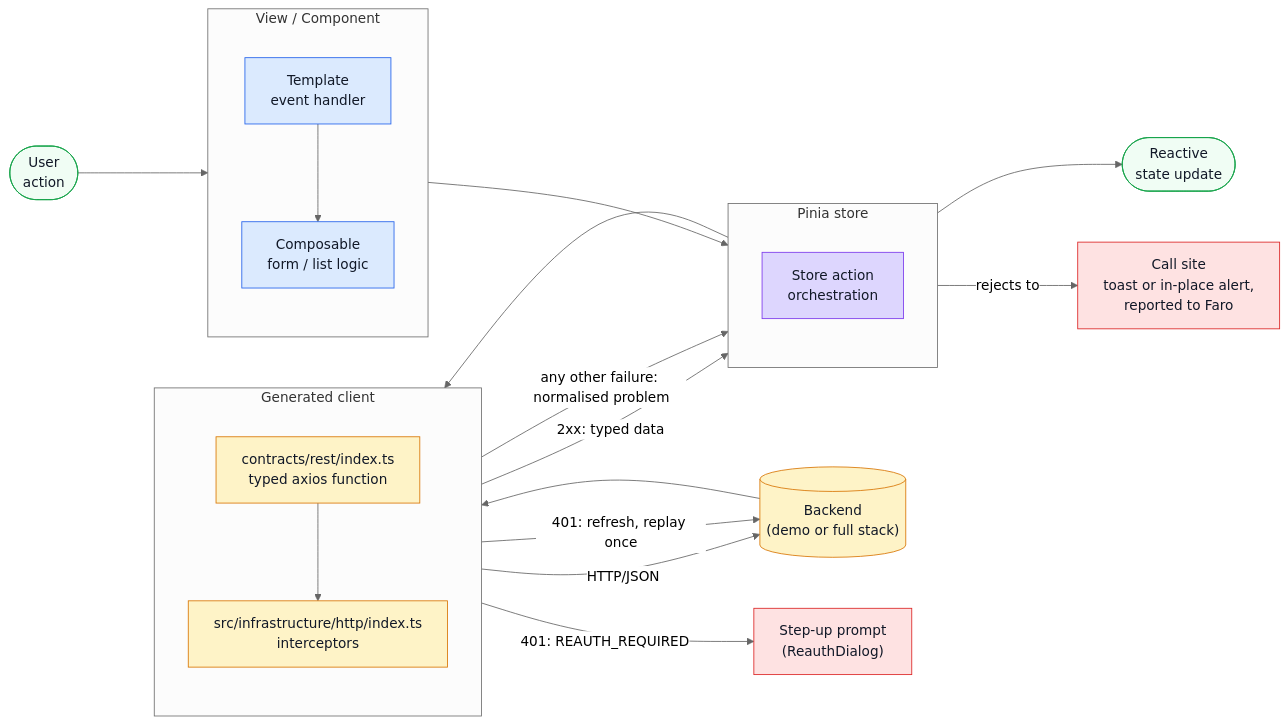
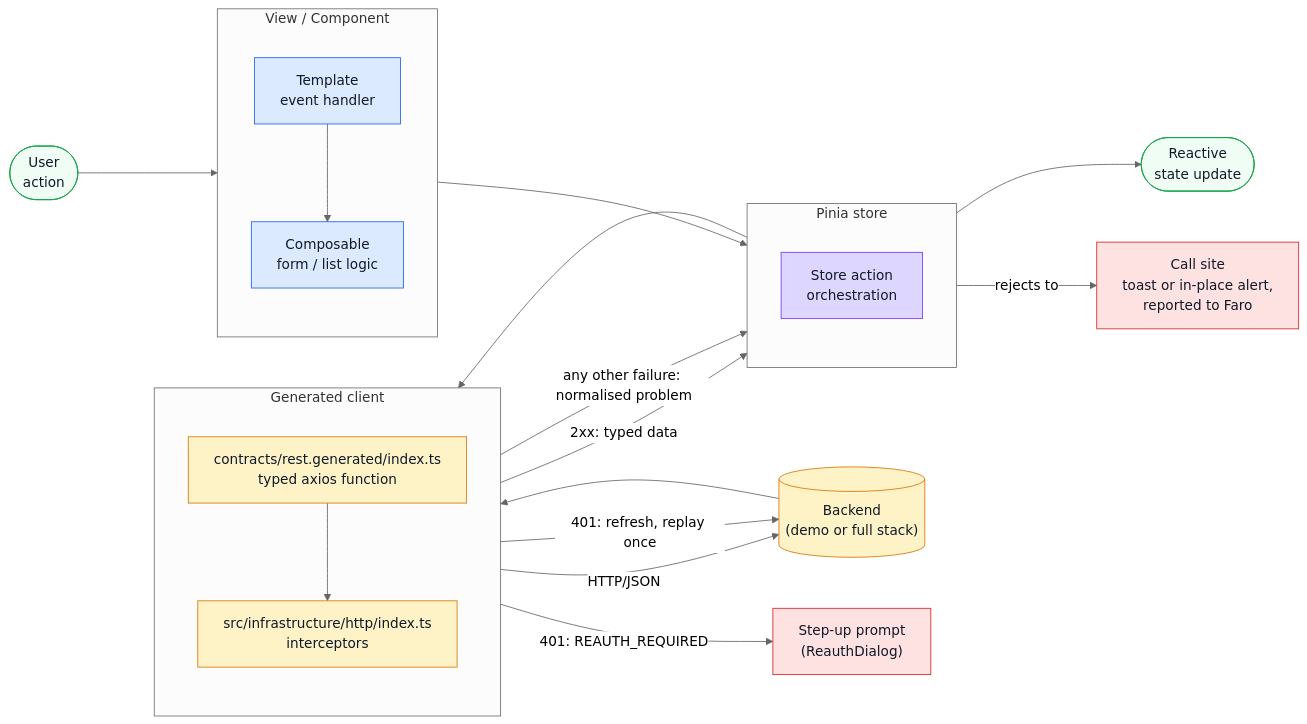
Before and after one commit to Guebbit/boilerplate-vue-frontend: the first of 6 diagrams in docs/theory/request-flow.md, drawn with Mermaid (neutral theme). The commit also changed other lines of this file and 99 other files, not shown here.

First line of the commit message:
refactor(contracts): mark every generated output with a .generated name

````diff
--- a/docs/theory/request-flow.md
+++ b/docs/theory/request-flow.md
@@ -5,52 +5,52 @@
 ```mermaid
 %%{init: {'flowchart': {'nodeSpacing': 60, 'rankSpacing': 90}}}%%
 flowchart LR
     User(["User\naction"])
 
     subgraph View ["View / Component"]
         direction TB
         Template["Template\nevent handler"]
         Comp["Composable\nform / list logic"]
         Template --> Comp
     end
 
     subgraph State ["Pinia store"]
         direction TB
         Store["Store action\norchestration"]
     end
 
     subgraph Client ["Generated client"]
         direction TB
-        Fn["contracts/rest/index.ts\ntyped axios function"]
+        Fn["contracts/rest.generated/index.ts\ntyped axios function"]
         HTTP["src/infrastructure/http/index.ts\ninterceptors"]
         Fn --> HTTP
     end
 
     Backend[("Backend\n(demo or full stack)")]
     Resp(["Reactive\nstate update"])
 
     User --> Template
     Comp --> Store
     Store --> Fn
     HTTP -->|HTTP/JSON| Backend
     Backend --> HTTP
 
     HTTP -->|"2xx: typed data"| Store
     Store --> Resp
     HTTP -->|"401: refresh, replay once"| Backend
     HTTP -->|"401: REAUTH_REQUIRED"| Step["Step-up prompt\n(ReauthDialog)"]
     HTTP -->|"any other failure: normalised problem"| Store
     Store -->|rejects to| Caller["Call site\ntoast or in-place alert,\nreported to Faro"]
 
     classDef user fill:#f0fdf4,stroke:#16a34a,color:#111827;
     classDef view fill:#dbeafe,stroke:#2563eb,color:#111827;
     classDef store fill:#ddd6fe,stroke:#7c3aed,color:#111827;
     classDef http fill:#fef3c7,stroke:#d97706,color:#111827;
     classDef err fill:#fee2e2,stroke:#dc2626,color:#111827;
 
     class User,Resp user;
     class Template,Comp view;
     class Store store;
     class Fn,HTTP,Backend http;
     class Step,Caller err;
 ```
````
